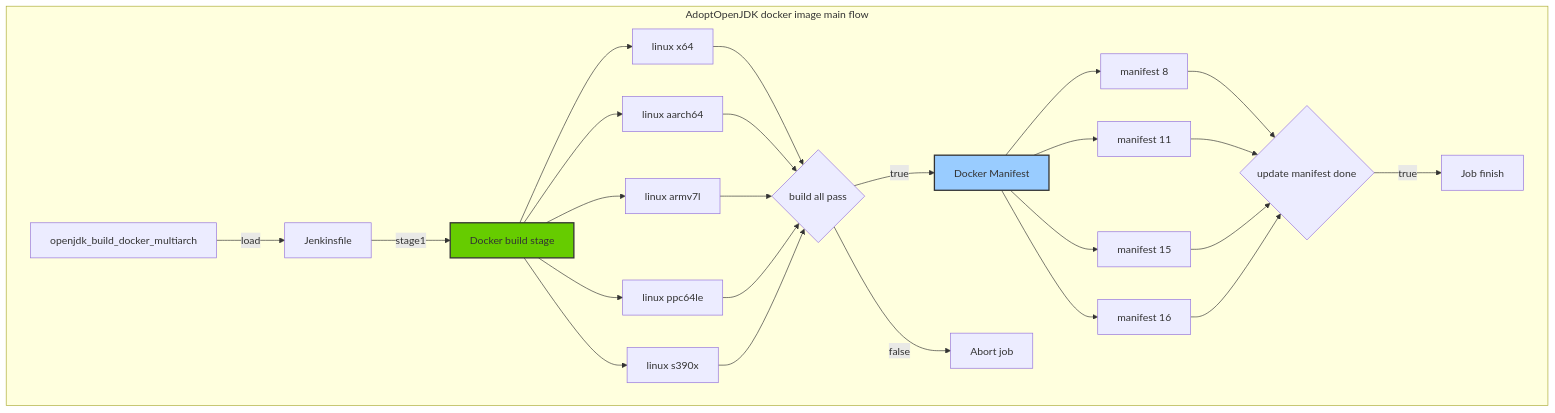
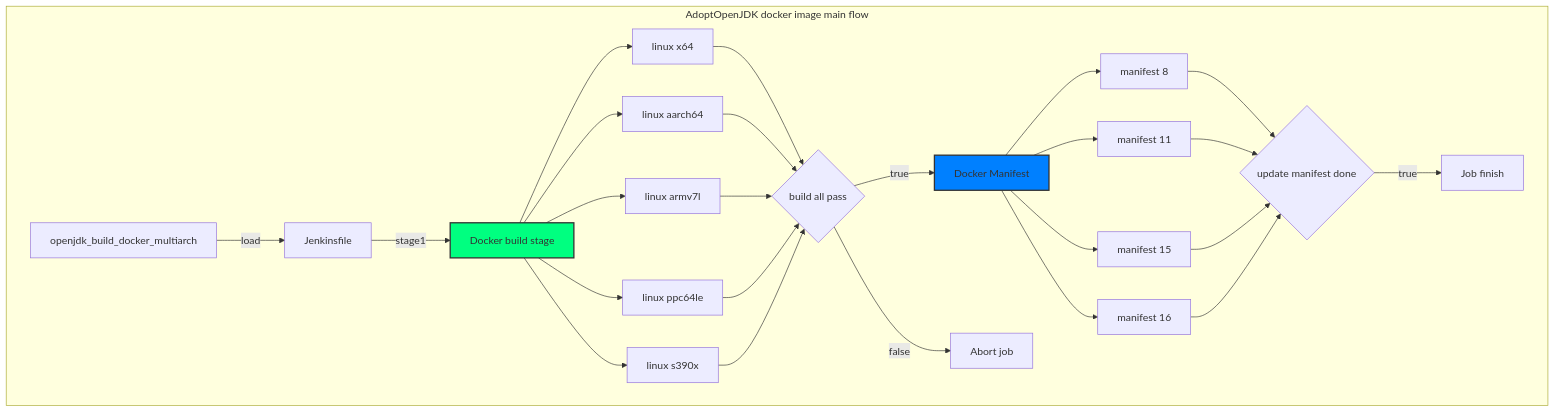
One commit to adoptium/ci-jenkins-pipelines changed the eighth of 9 diagrams in docs/diagram.md. Above: the diagram before and after it, drawn with Mermaid. The commit also changed other lines of this file, not shown here.

````diff
--- a/docs/diagram.md
+++ b/docs/diagram.md
@@ -251,41 +334,41 @@
 ```mermaid
 
 flowchart TD
 
 subgraph AdoptOpenJDK docker image main flow
 
 job[openjdk_build_docker_multiarch] --load--> load[Jenkinsfile] --stage1-->
 
 stage1[Docker build stage]
 
 stage1 --> 11[linux x64] --> stagecheck{ build all pass}
 
 stage1 --> 12[linux aarch64]--> stagecheck
 
 stage1 --> 13[linux armv7l]--> stagecheck
 
 stage1 --> 14[linux ppc64le]--> stagecheck
 
 stage1 --> 15[linux s390x]--> stagecheck
 
 stagecheck --true--> stage2[Docker Manifest]
 
 stagecheck --false--> abort[Abort job]
 
 stage2 --> 21[manifest 8] --> finalcheck{ update manifest done}
 
 stage2 --> 22[manifest 11] --> finalcheck
 
 stage2 --> 23[manifest 15] --> finalcheck
 
 stage2 --> 24[manifest 16] --> finalcheck
 
 finalcheck --true--> done[Job finish]
 
 end
 
-classDef green fill:#66cc00,stroke:#333,stroke-width:2px
-classDef blue fill:#99ccff,stroke:#333,stroke-width:2px
+classDef green fill:#00ff80,stroke:#333,stroke-width:2px
+classDef blue fill:#0080ff,stroke:#333,stroke-width:2px
 class stage1 green
 class stage2 blue
 ```
````
